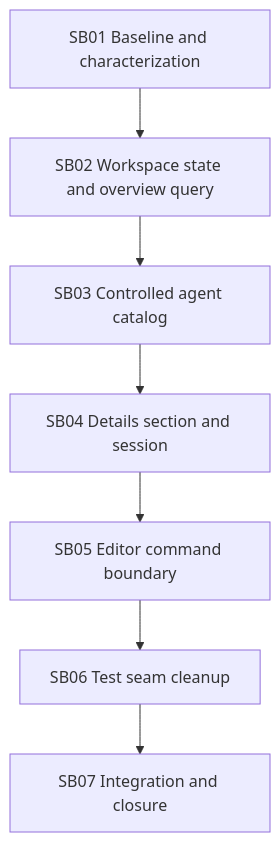
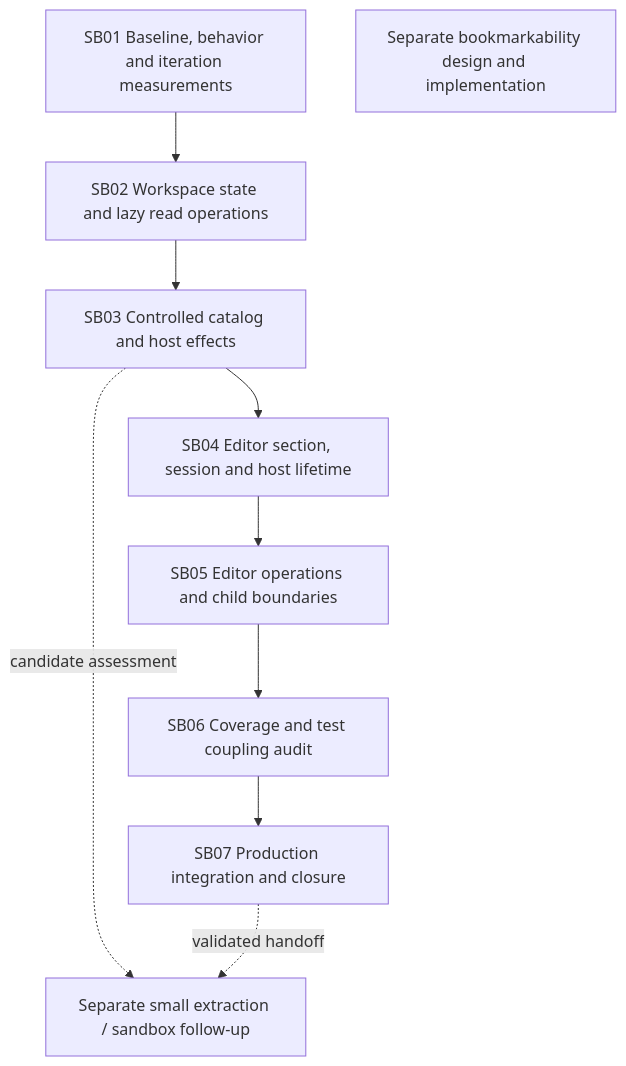
One commit to fyziktom/CanDoItAll changed the diagram in codex/bundles/UI_Agents_Component_Seams_Bundle/plan/00-phase-plan.md. Above: the diagram before and after it, drawn with Mermaid. The commit also changed other lines of this file and 75 other files, not shown here.

````diff
--- a/codex/bundles/UI_Agents_Component_Seams_Bundle/plan/00-phase-plan.md
+++ b/codex/bundles/UI_Agents_Component_Seams_Bundle/plan/00-phase-plan.md
@@ -3,12 +5,12 @@
-```mermaid
-graph TD
-    SB01[SB01 Baseline and characterization]
-    SB02[SB02 Workspace state and overview query]
-    SB03[SB03 Controlled agent catalog]
-    SB04[SB04 Details section and session]
-    SB05[SB05 Editor command boundary]
-    SB06[SB06 Test seam cleanup]
-    SB07[SB07 Integration and closure]
-
-    SB01 --> SB02 --> SB03 --> SB04 --> SB05 --> SB06 --> SB07
-```
+~~~mermaid
+flowchart TD
+    SB01["SB01 Baseline, behavior and iteration measurements"] --> SB02["SB02 Workspace state and lazy read operations"]
+    SB02 --> SB03["SB03 Controlled catalog and host effects"]
+    SB03 --> SB04["SB04 Editor section, session and host lifetime"]
+    SB04 --> SB05["SB05 Editor operations and child boundaries"]
+    SB05 --> SB06["SB06 Coverage and test coupling audit"]
+    SB06 --> SB07["SB07 Production integration and closure"]
+    SB03 -. "candidate assessment" .-> Handoff["Separate small extraction / sandbox follow-up"]
+    SB07 -. "validated handoff" .-> Handoff
+    Navigation["Separate bookmarkability design and implementation"]
+~~~
````
